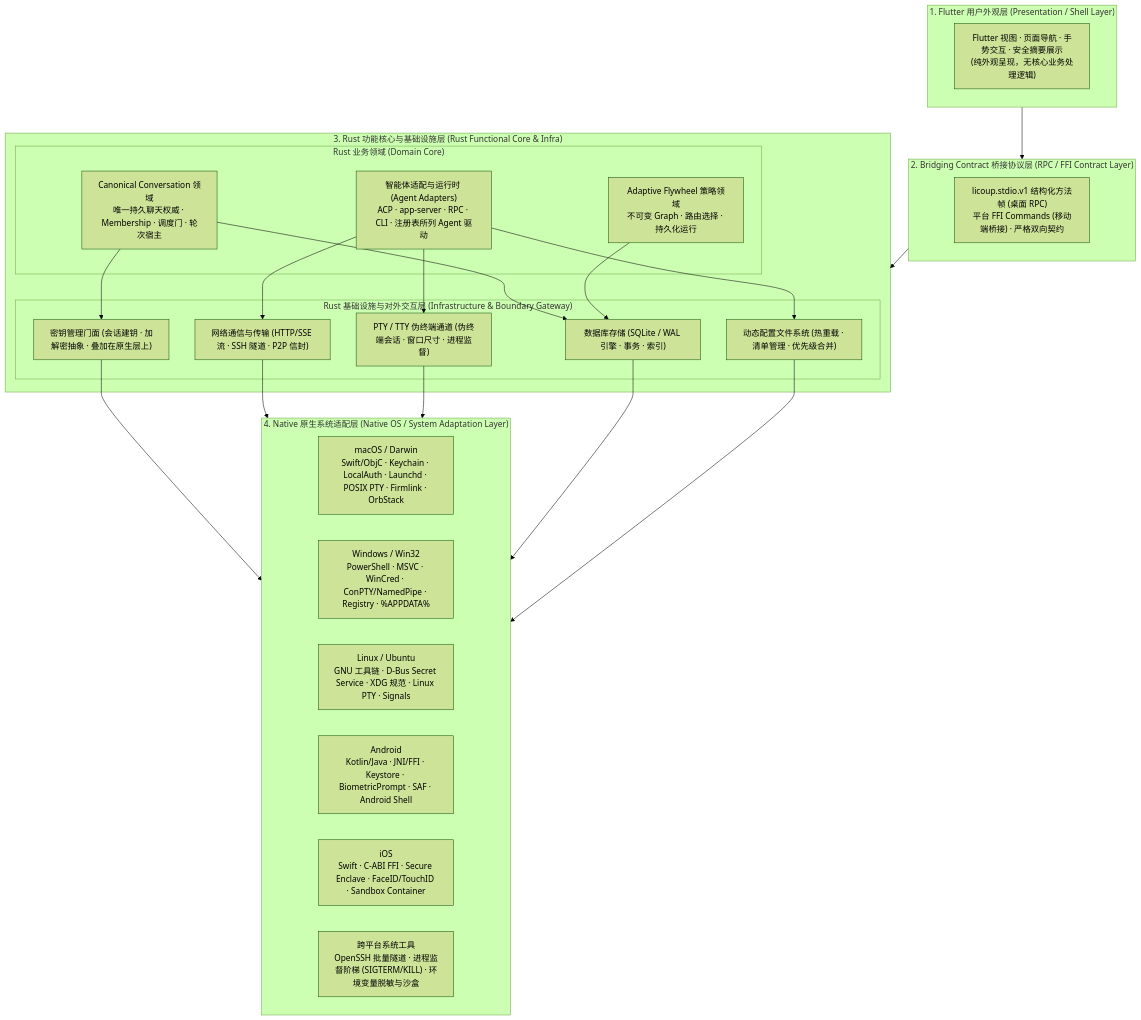
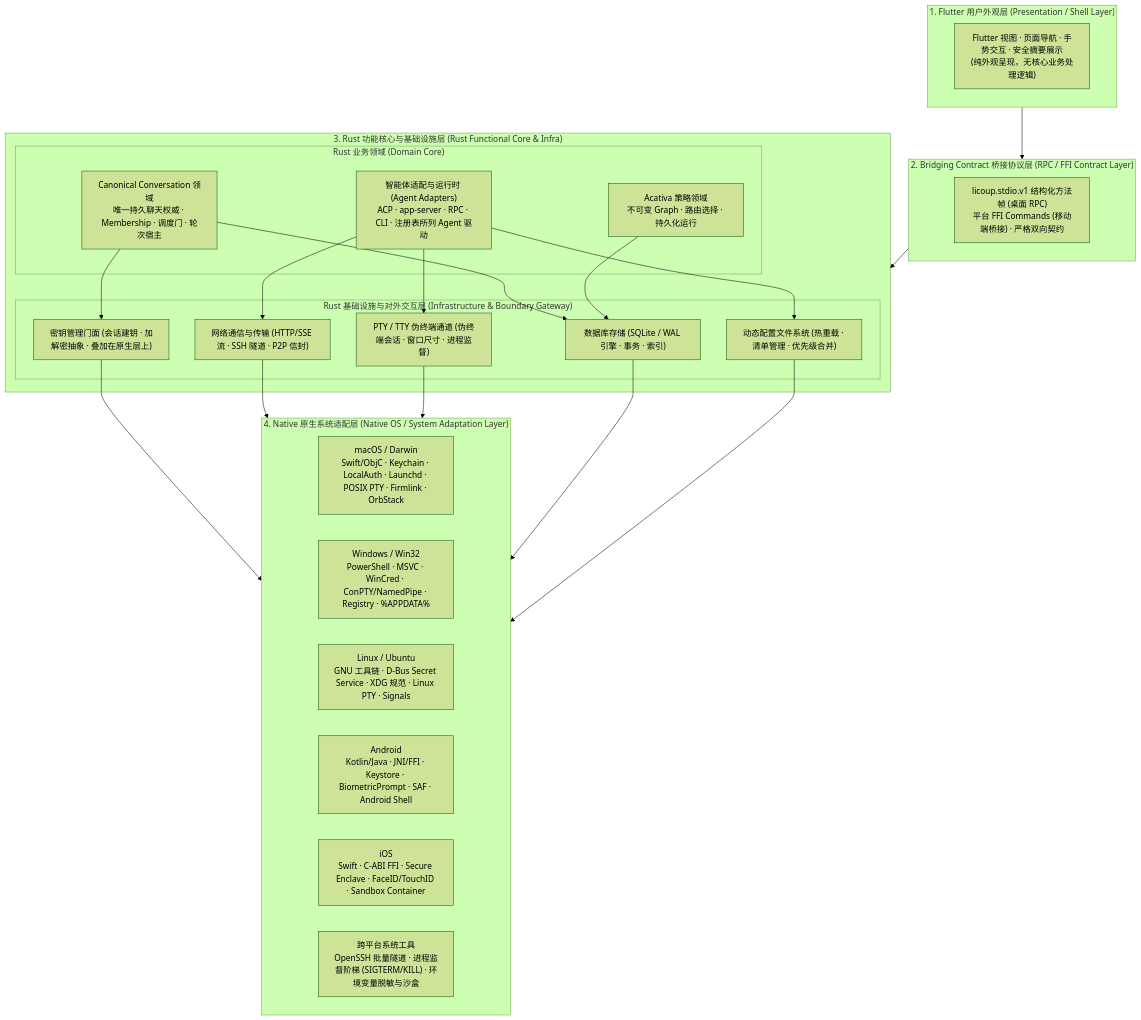
One commit to LicoLand/LicoUp changed the first of 3 diagrams in docs/architecture/README.zh-CN.md. Above: the diagram before and after it, drawn with Mermaid (forest theme). The commit also changed other lines of this file and 3928 other files, not shown here.

````diff
--- a/docs/architecture/README.zh-CN.md
+++ b/docs/architecture/README.zh-CN.md
@@ -56,50 +56,50 @@
 ```mermaid
 flowchart TB
     subgraph LAYER1["1. Flutter 用户外观层 (Presentation / Shell Layer)"]
         UI["Flutter 视图 · 页面导航 · 手势交互 · 安全摘要展示<br/>(纯外观呈现，无核心业务处理逻辑)"]
     end
 
     subgraph LAYER2["2. Bridging Contract 桥接协议层 (RPC / FFI Contract Layer)"]
         BRIDGE["licoup.stdio.v1 结构化方法帧 (桌面 RPC)<br/>平台 FFI Commands (移动端桥接) · 严格双向契约"]
     end
 
     subgraph LAYER3["3. Rust 功能核心与基础设施层 (Rust Functional Core & Infra)"]
         subgraph DOMAIN_BOX["Rust 业务领域 (Domain Core)"]
             CONVERSATIONS["Canonical Conversation 领域<br/>唯一持久聊天权威 · Membership · 调度门 · 轮次宿主"]
-            STRATEGIES["Adaptive Flywheel 策略领域<br/>不可变 Graph · 路由选择 · 持久化运行"]
+            STRATEGIES["Acativa 策略领域<br/>不可变 Graph · 路由选择 · 持久化运行"]
             AGENTS["智能体适配与运行时 (Agent Adapters)<br/>ACP · app-server · RPC · CLI · 注册表所列 Agent 驱动"]
         end
 
         subgraph INFRA_BOX["Rust 基础设施与对外交互层 (Infrastructure & Boundary Gateway)"]
             DB_STORAGE["数据库存储 (SQLite / WAL 引擎 · 事务 · 索引)"]
             DYNAMIC_CONFIG["动态配置文件系统 (热重载 · 清单管理 · 优先级合并)"]
             SECRET_CUSTODY["密钥管理门面 (会话建钥 · 加解密抽象 · 叠加在原生层上)"]
             NET_TRANSPORT["网络通信与传输 (HTTP/SSE 流 · SSH 隧道 · P2P 信封)"]
             PTY_TRANSPORT["PTY / TTY 伪终端通道 (伪终端会话 · 窗口尺寸 · 进程监督)"]
         end
 
         CONVERSATIONS --> DB_STORAGE
         STRATEGIES --> DB_STORAGE
         AGENTS --> NET_TRANSPORT
         AGENTS --> PTY_TRANSPORT
         CONVERSATIONS --> SECRET_CUSTODY
         AGENTS --> DYNAMIC_CONFIG
     end
 
     subgraph LAYER4["4. Native 原生系统适配层 (Native OS / System Adaptation Layer)"]
         MACOS["macOS / Darwin<br/>Swift/ObjC · Keychain · LocalAuth · Launchd · POSIX PTY · Firmlink · OrbStack"]
         WINDOWS["Windows / Win32<br/>PowerShell · MSVC · WinCred · ConPTY/NamedPipe · Registry · %APPDATA%"]
         LINUX["Linux / Ubuntu<br/>GNU 工具链 · D-Bus Secret Service · XDG 规范 · Linux PTY · Signals"]
         ANDROID["Android<br/>Kotlin/Java · JNI/FFI · Keystore · BiometricPrompt · SAF · Android Shell"]
         IOS["iOS<br/>Swift · C-ABI FFI · Secure Enclave · FaceID/TouchID · Sandbox Container"]
         COMMON_OS["跨平台系统工具<br/>OpenSSH 批量隧道 · 进程监督阶梯 (SIGTERM/KILL) · 环境变量脱敏与沙盒"]
     end
 
     LAYER1 --> LAYER2
     LAYER2 --> LAYER3
     SECRET_CUSTODY --> LAYER4
     NET_TRANSPORT --> LAYER4
     PTY_TRANSPORT --> LAYER4
     DB_STORAGE --> LAYER4
     DYNAMIC_CONFIG --> LAYER4
 ```
````
